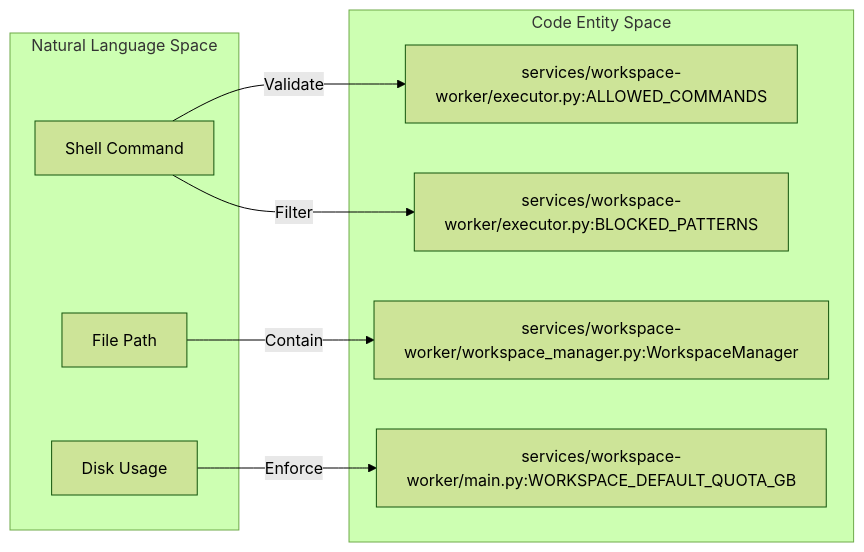
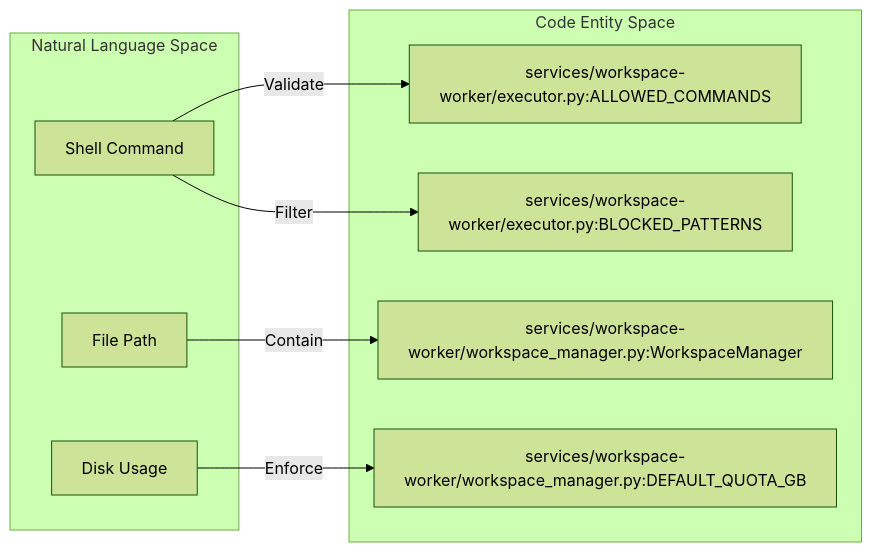
Before and after one commit to AutomatosAI/automatos-ai: the second of 2 diagrams in docs/workspace-execution/workspace-worker-architecture.md, drawn with Mermaid (forest theme). The commit also changed other lines of this file and 191 other files, not shown here.

````diff
--- a/docs/workspace-execution/workspace-worker-architecture.md
+++ b/docs/workspace-execution/workspace-worker-architecture.md
@@ -95,15 +98,15 @@
 ```mermaid
 graph LR
   subgraph "Natural Language Space"
     CMD["Shell Command"]
     PTH["File Path"]
     USE["Disk Usage"]
   end
 
   subgraph "Code Entity Space"
     CMD -->|"Validate"| V["services/workspace-worker/executor.py:ALLOWED_COMMANDS"]
     CMD -->|"Filter"| B["services/workspace-worker/executor.py:BLOCKED_PATTERNS"]
     PTH -->|"Contain"| S["services/workspace-worker/workspace_manager.py:WorkspaceManager"]
-    USE -->|"Enforce"| Q["services/workspace-worker/main.py:WORKSPACE_DEFAULT_QUOTA_GB"]
+    USE -->|"Enforce"| Q["services/workspace-worker/workspace_manager.py:DEFAULT_QUOTA_GB"]
   end
 ```
````
